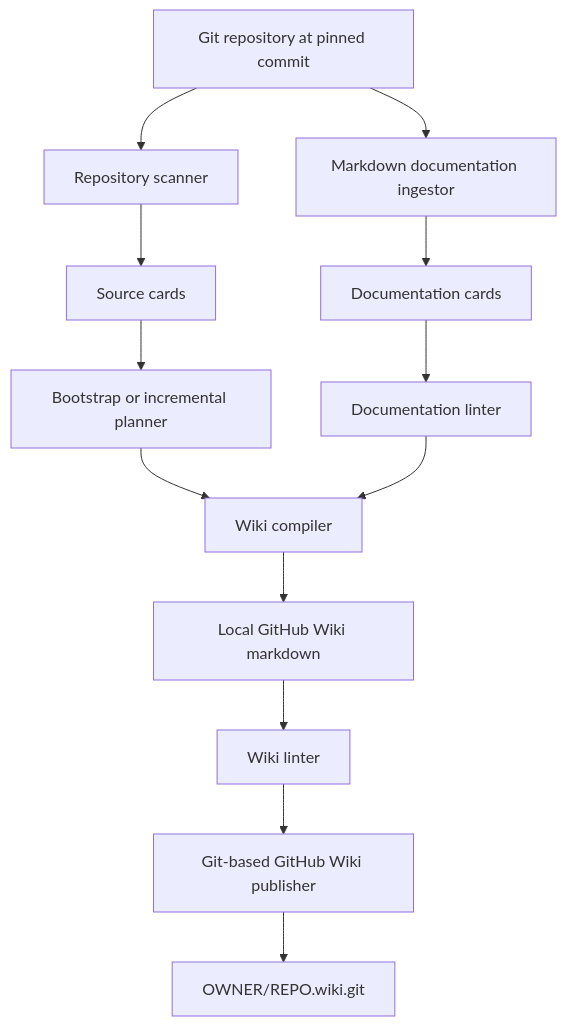
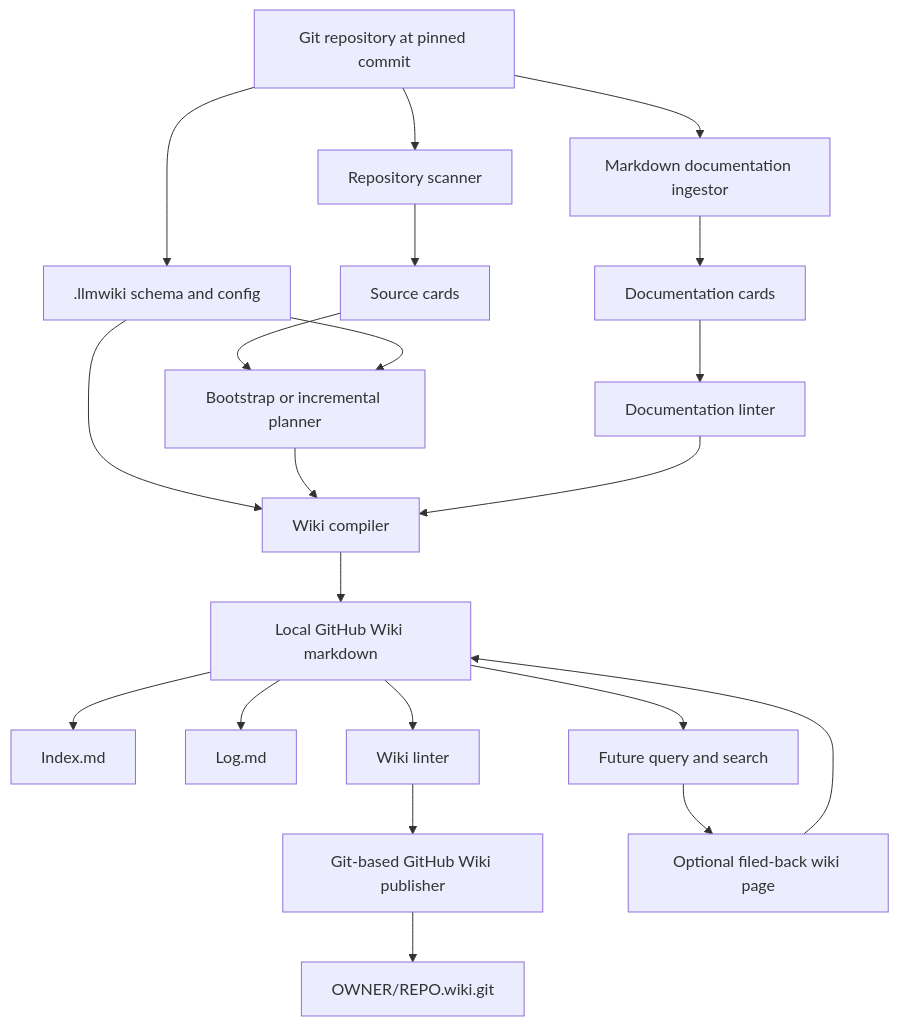
Before and after one commit to mfittko/repo-wiki: the first of 10 diagrams in docs/PLAN.md, drawn with Mermaid. The commit also changed other lines of this file and 2 other files, not shown here.

Commit message:
docs: align plan with LLM wiki pattern

````diff
--- a/docs/PLAN.md
+++ b/docs/PLAN.md
@@ -30,15 +85,23 @@
 ```mermaid
 flowchart TD
   Repo[Git repository at pinned commit] --> Scanner[Repository scanner]
   Repo --> Docs[Markdown documentation ingestor]
+  Repo --> Schema[.llmwiki schema and config]
   Scanner --> Cards[Source cards]
   Docs --> DocCards[Documentation cards]
   Cards --> Planner[Bootstrap or incremental planner]
   DocCards --> DocLint[Documentation linter]
-  Planner --> Compiler[Wiki compiler]
+  Schema --> Planner
+  Schema --> Compiler[Wiki compiler]
+  Planner --> Compiler
   DocLint --> Compiler
   Compiler --> Wiki[Local GitHub Wiki markdown]
+  Wiki --> Index[Index.md]
+  Wiki --> Log[Log.md]
   Wiki --> WikiLint[Wiki linter]
   WikiLint --> Publisher[Git-based GitHub Wiki publisher]
   Publisher --> GitHubWiki[OWNER/REPO.wiki.git]
+  Wiki --> Query[Future query and search]
+  Query --> DurableAnswer[Optional filed-back wiki page]
+  DurableAnswer --> Wiki
 ```
````
